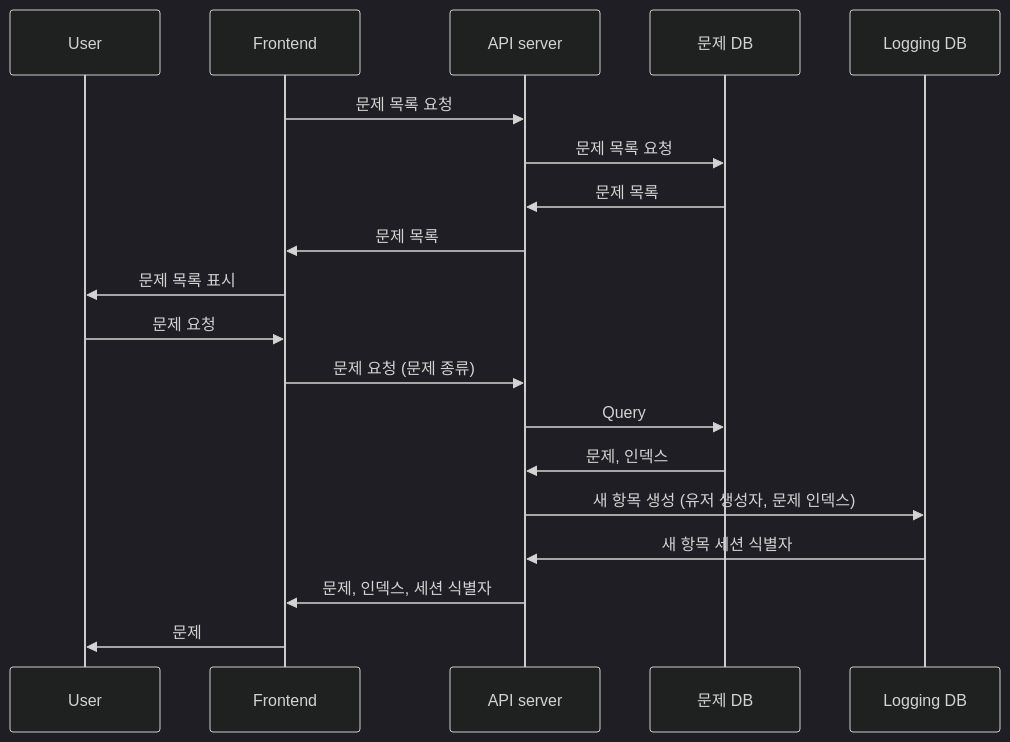
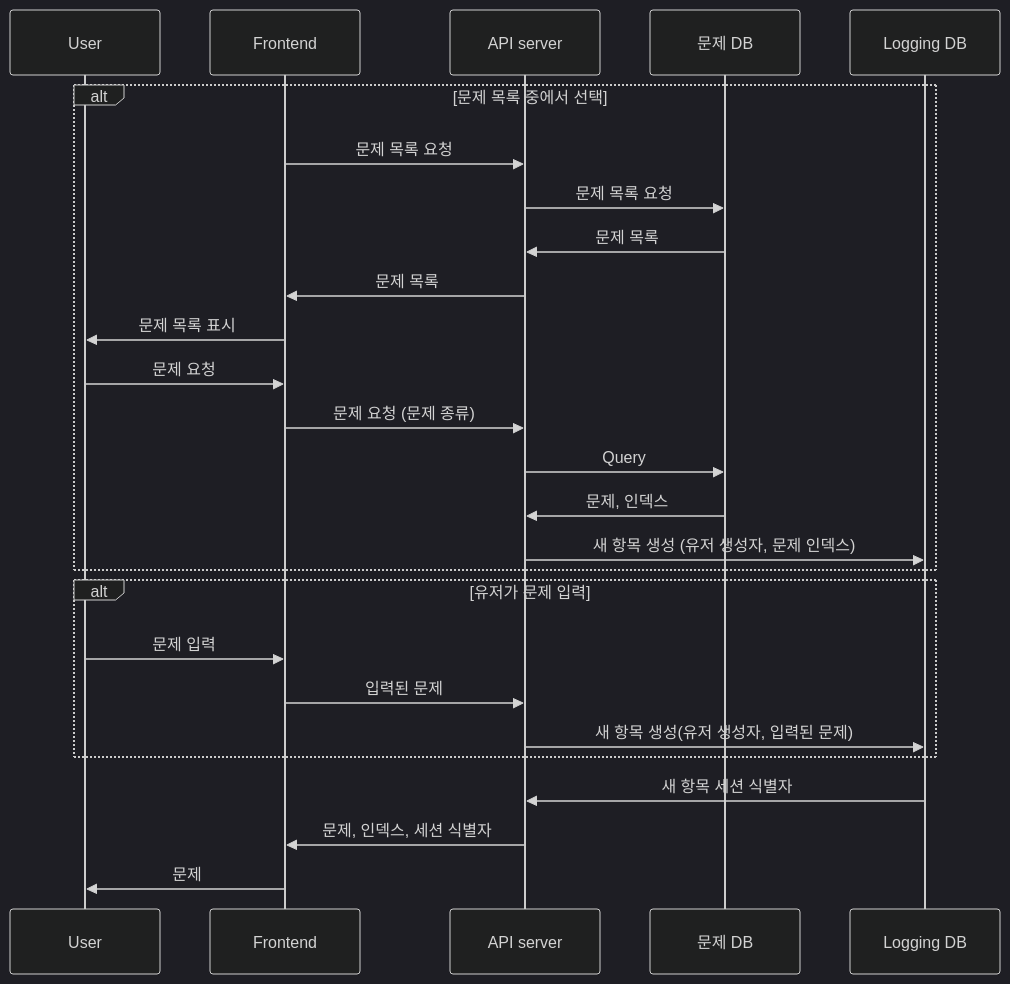
The second of 5 diagrams in 설계문서/시퀀스 다이어그램.md (bookyoulove/paragraphy), drawn with Mermaid (dark theme) before and after one commit.

Commit message:
유저가 문제 입력을 할 경우

````diff
--- a/설계문서/시퀀스 다이어그램.md
+++ b/설계문서/시퀀스 다이어그램.md
@@ -24,21 +24,28 @@
 ```mermaid
 sequenceDiagram
     participant User
     participant Frontend
     participant API as API server
     participant problem as 문제 DB
     participant log as Logging DB
+    alt 문제 목록 중에서 선택
     Frontend->>API:문제 목록 요청
     API->>problem:문제 목록 요청
     problem->>API: 문제 목록
     API->>Frontend: 문제 목록
     Frontend->>User:문제 목록 표시
     User->>Frontend:문제 요청
     Frontend->>API:문제 요청 (문제 종류)
     API->>problem: Query
     problem->>API: 문제, 인덱스
     API->>log: 새 항목 생성 (유저 생성자, 문제 인덱스)
+    end
+    alt 유저가 문제 입력
+    User->>Frontend: 문제 입력
+    Frontend->>API: 입력된 문제
+    API->>log: 새 항목 생성(유저 생성자, 입력된 문제)
+    end
     log->>API: 새 항목 세션 식별자
     API->>Frontend: 문제, 인덱스, 세션 식별자
     Frontend->>User: 문제
 ```
````
